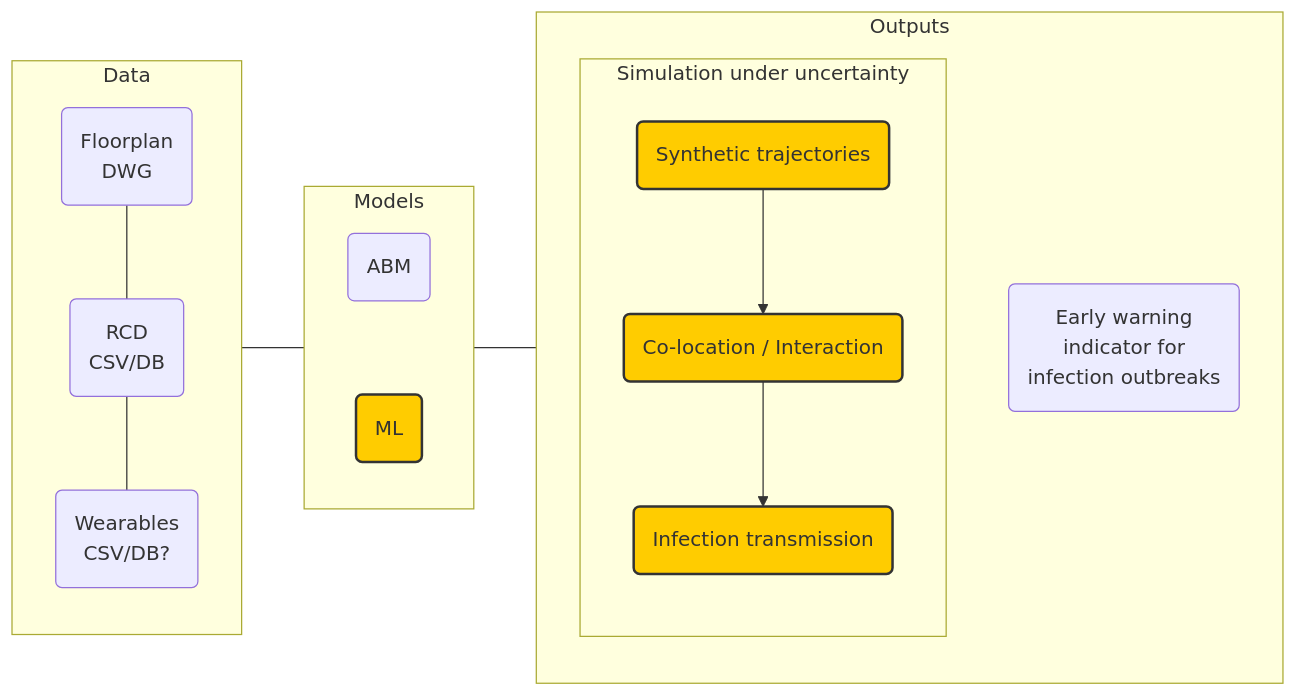
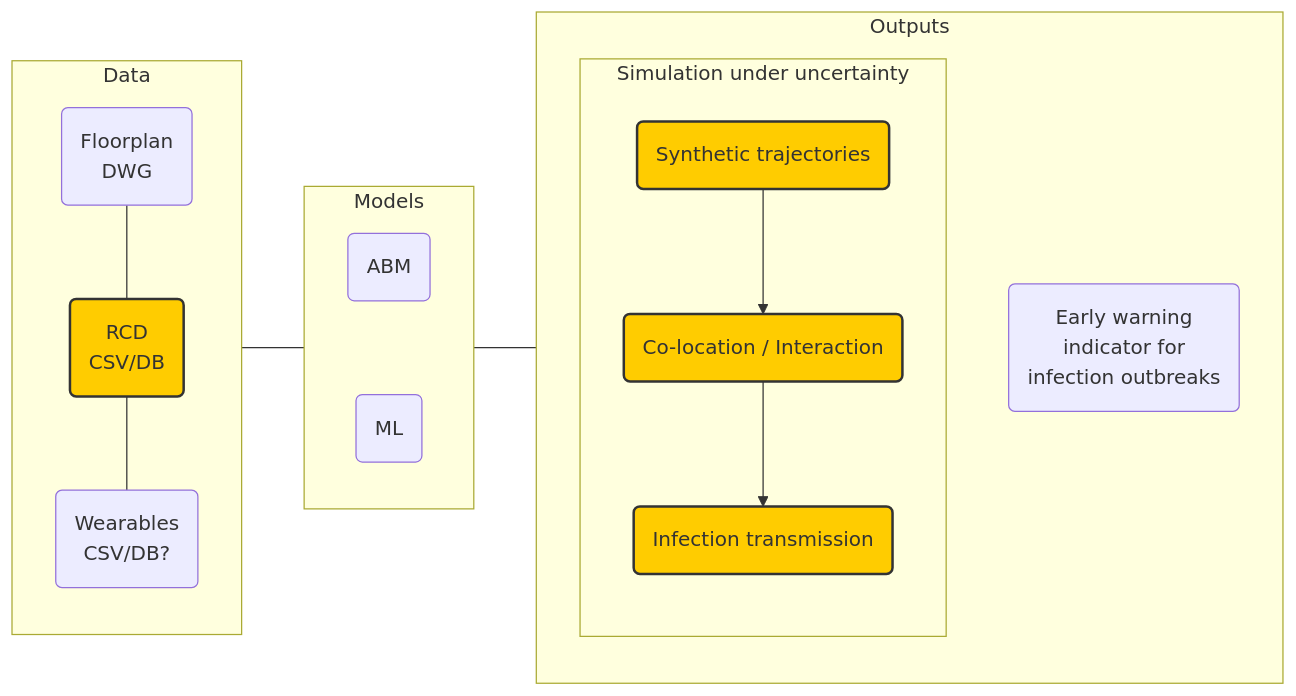
Before and after one commit to ksuchak1990/amr_hub_demos: diagram 11 of 13 in main.qmd, drawn with Mermaid. The commit also changed other lines of this file and 3 other files, not shown here.

````diff
--- a/main.qmd
+++ b/main.qmd
@@ -191,46 +463,46 @@
 ```{mermaid}
 flowchart LR
     classDef highlight fill:#ffcc00,stroke:#333,stroke-width:2px;
 
 
     subgraph Data
         direction TB
 
         A(Floorplan<br>DWG)
-        B(RCD<br>CSV/DB)
+        B(RCD<br>CSV/DB):::highlight
         C(Wearables<br>CSV/DB?)
 
         A --- B
         B --- C
     end
 
     subgraph Models
         direction TB
 
         D(ABM)
-        E(ML):::highlight
+        E(ML)
 
         D ~~~ E
     end
 
     subgraph Outputs
         direction TB
 
         I(Early warning<br>indicator for<br>infection outbreaks)
 
         subgraph "Simulation under uncertainty"
             direction TB
             F(Synthetic trajectories):::highlight
             G(Co-location / Interaction):::highlight
             H(Infection transmission):::highlight
 
             F --> G
             G --> H
 
         end
 
     end
 
     Data --- Models
     Models --- Outputs
 ```
````
